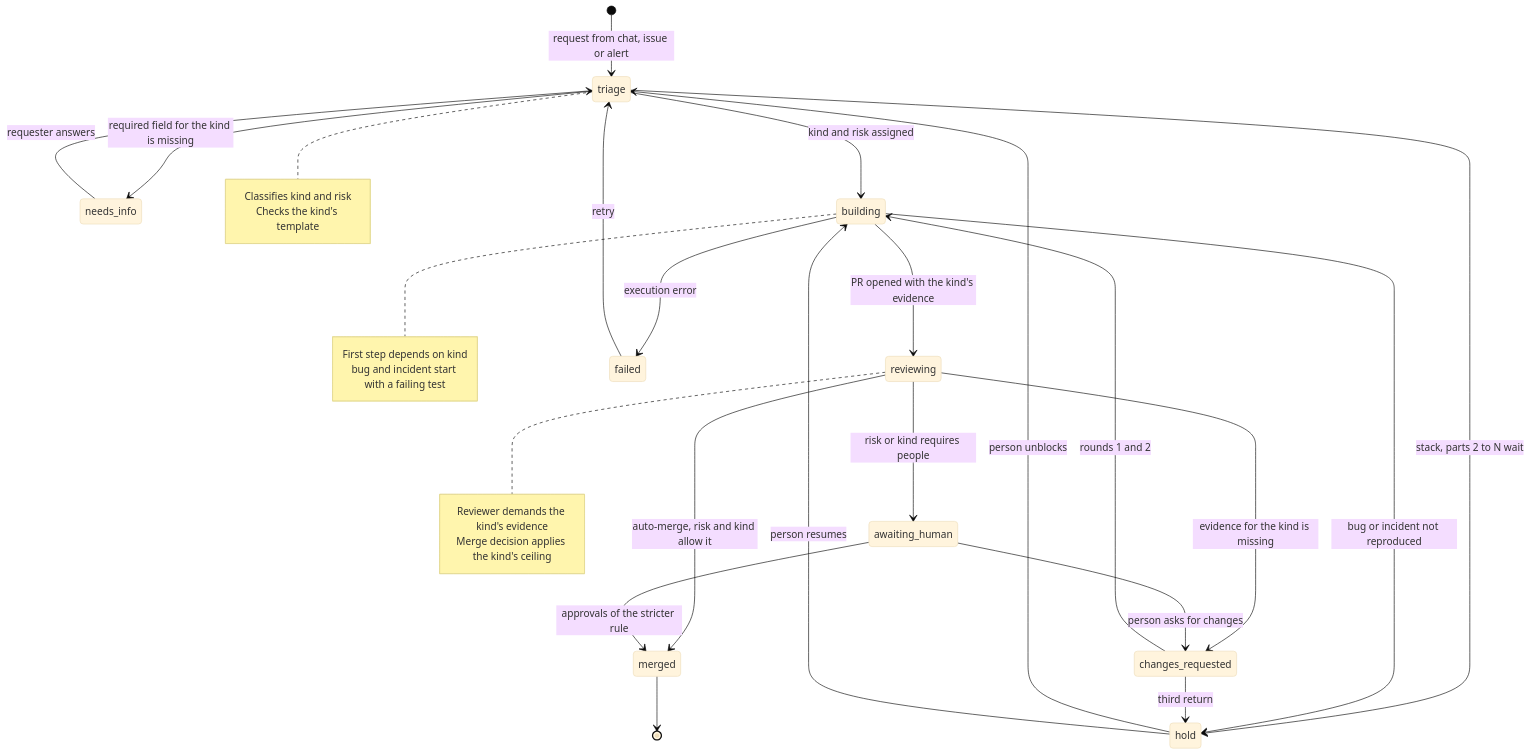
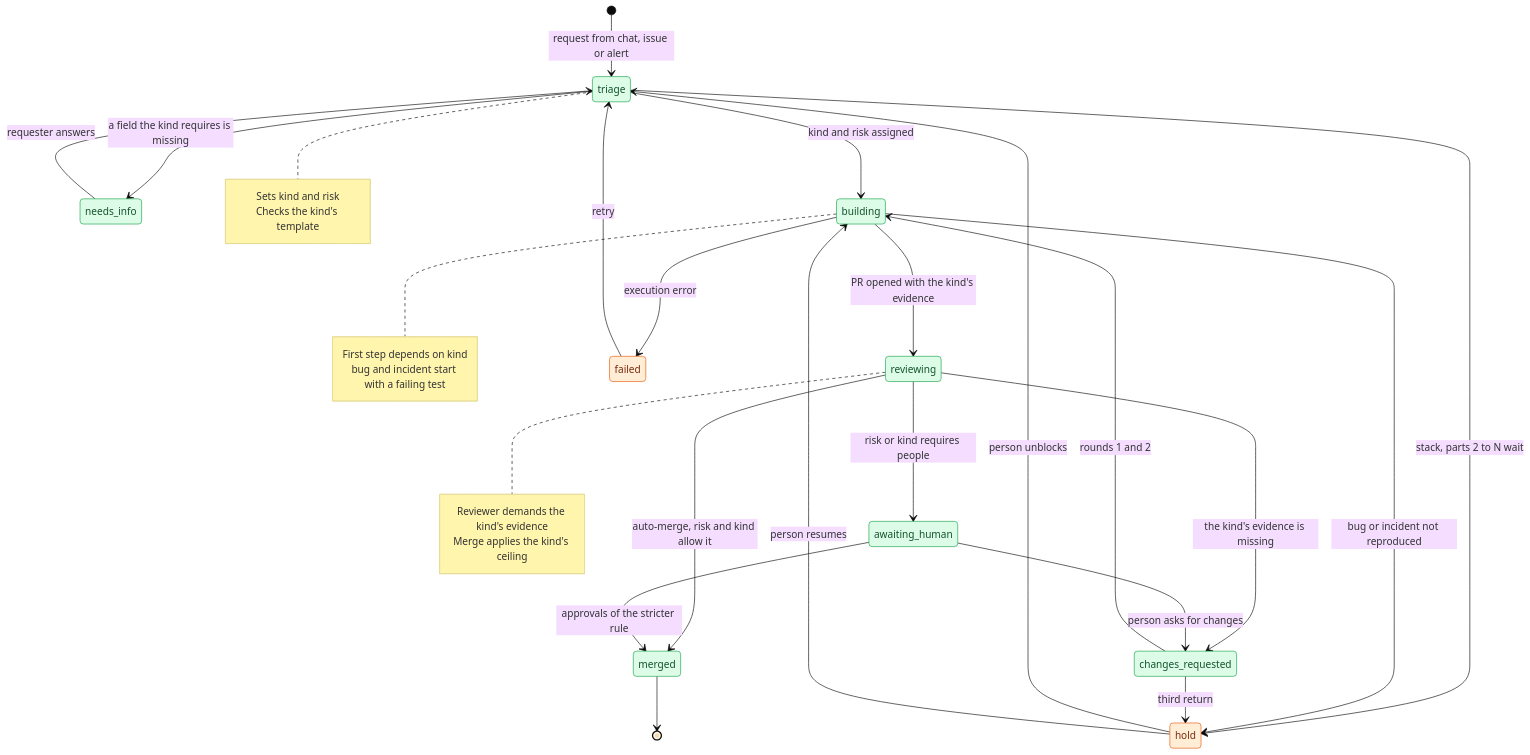
Before and after one commit to icelink-ai/software-factory-manifesto: the first of 5 diagrams in docs/01-work-intake/request-kinds.md, drawn with Mermaid (base theme). The commit also changed other lines of this file and 73 other files, not shown here.

````diff
--- a/docs/01-work-intake/request-kinds.md
+++ b/docs/01-work-intake/request-kinds.md
@@ -53,34 +72,41 @@
 ```mermaid
 stateDiagram-v2
     [*] --> triage: request from chat, issue or alert
-    triage --> needs_info: required field for the kind is missing
+    triage --> needs_info: a field the kind requires is missing
     needs_info --> triage: requester answers
     triage --> building: kind and risk assigned
     triage --> hold: stack, parts 2 to N wait
     building --> reviewing: PR opened with the kind's evidence
     building --> hold: bug or incident not reproduced
     building --> failed: execution error
-    reviewing --> changes_requested: evidence for the kind is missing
+    reviewing --> changes_requested: the kind's evidence is missing
     changes_requested --> building: rounds 1 and 2
     changes_requested --> hold: third return
     reviewing --> merged: auto-merge, risk and kind allow it
     reviewing --> awaiting_human: risk or kind requires people
     awaiting_human --> merged: approvals of the stricter rule
     awaiting_human --> changes_requested: person asks for changes
     failed --> triage: retry
     hold --> triage: person unblocks
     hold --> building: person resumes
     merged --> [*]
     note right of triage
-        Classifies kind and risk
+        Sets kind and risk
         Checks the kind's template
     end note
     note right of building
         First step depends on kind
         bug and incident start with a failing test
     end note
     note right of reviewing
         Reviewer demands the kind's evidence
-        Merge decision applies the kind's ceiling
+        Merge applies the kind's ceiling
     end note
+    class triage,needs_info,building,reviewing,changes_requested,awaiting_human,merged state
+    class hold,failed stop
+    classDef person fill:#dbeafe,stroke:#2563eb,color:#1e3a8a
+    classDef script fill:#f1f5f9,stroke:#64748b,color:#0f172a
+    classDef agent fill:#ede9fe,stroke:#7c3aed,color:#4c1d95
+    classDef state fill:#dcfce7,stroke:#16a34a,color:#14532d
+    classDef stop fill:#ffedd5,stroke:#ea580c,color:#7c2d12
 ```
````
